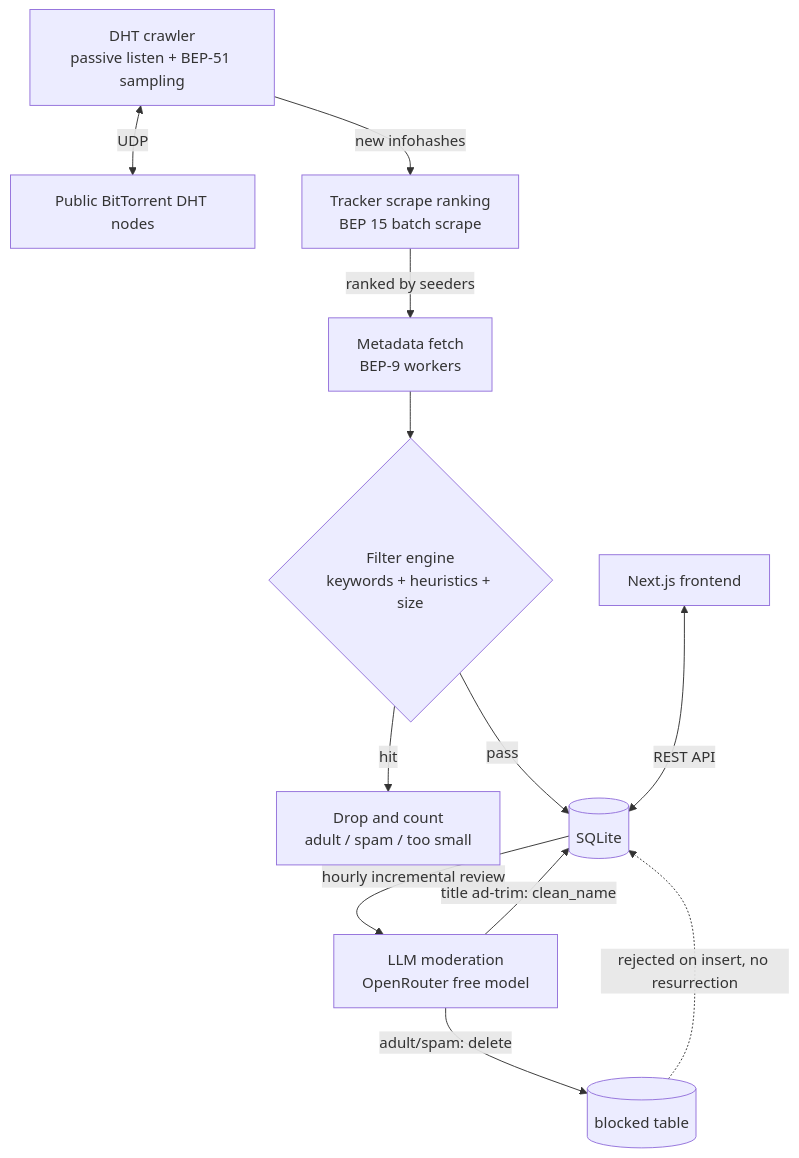
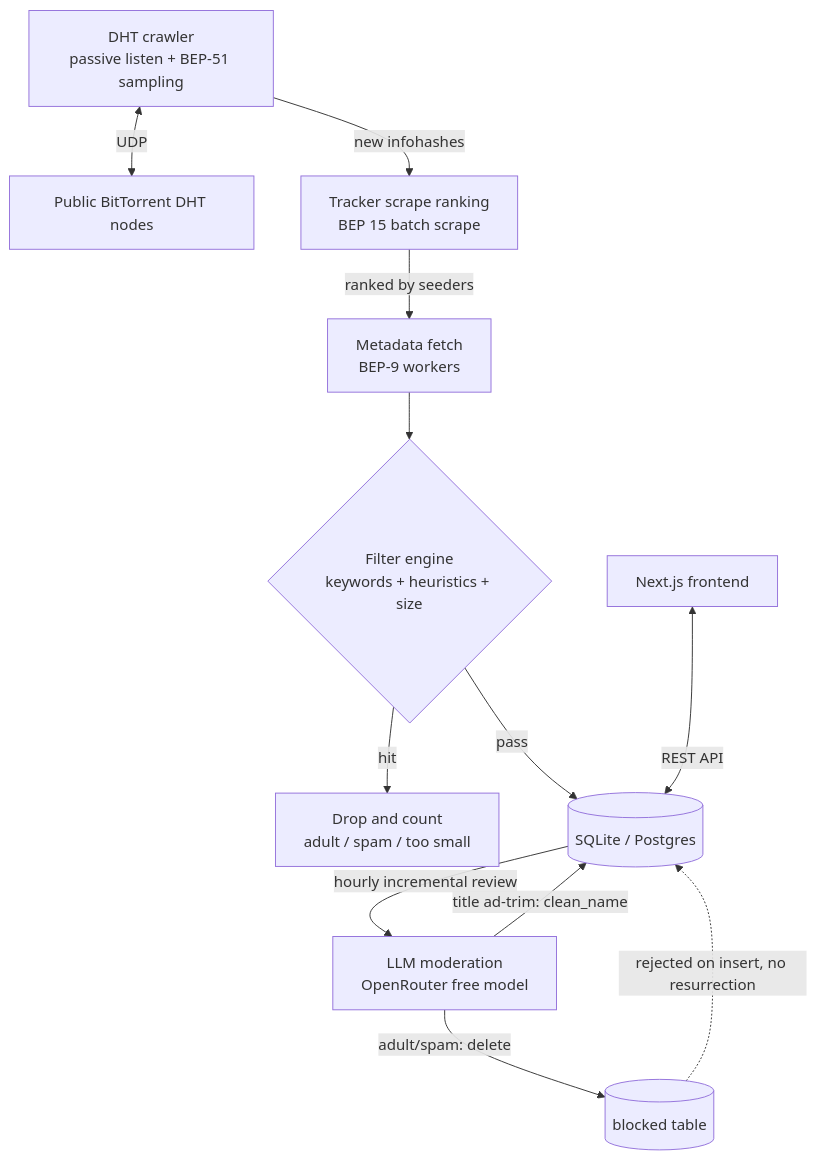
One commit to cuijianzhuang/dhtsearch changed the diagram in README.md. Above: the diagram before and after it, drawn with Mermaid. The commit also changed other lines of this file, not shown here.

````diff
--- a/README.md
+++ b/README.md
@@ -11,25 +25,25 @@
 ```mermaid
 flowchart TB
     DHT["Public BitTorrent DHT nodes"]
     Crawler["DHT crawler<br/>passive listen + BEP-51 sampling"]
     Scraper["Tracker scrape ranking<br/>BEP 15 batch scrape"]
     Fetcher["Metadata fetch<br/>BEP-9 workers"]
     Filter{"Filter engine<br/>keywords + heuristics + size"}
     Discard["Drop and count<br/>adult / spam / too small"]
-    DB[("SQLite")]
+    DB[("SQLite / Postgres")]
     Web["Next.js frontend"]
     Mod["LLM moderation<br/>OpenRouter free model"]
     Blocked[("blocked table")]
 
     Crawler <-->|UDP| DHT
     Crawler -->|new infohashes| Scraper
     Scraper -->|ranked by seeders| Fetcher
     Fetcher --> Filter
     Filter -->|hit| Discard
     Filter -->|pass| DB
     Web <-->|REST API| DB
     DB -->|hourly incremental review| Mod
     Mod -->|adult/spam: delete| Blocked
     Mod -->|title ad-trim: clean_name| DB
     Blocked -.->|rejected on insert, no resurrection| DB
 ```
````
